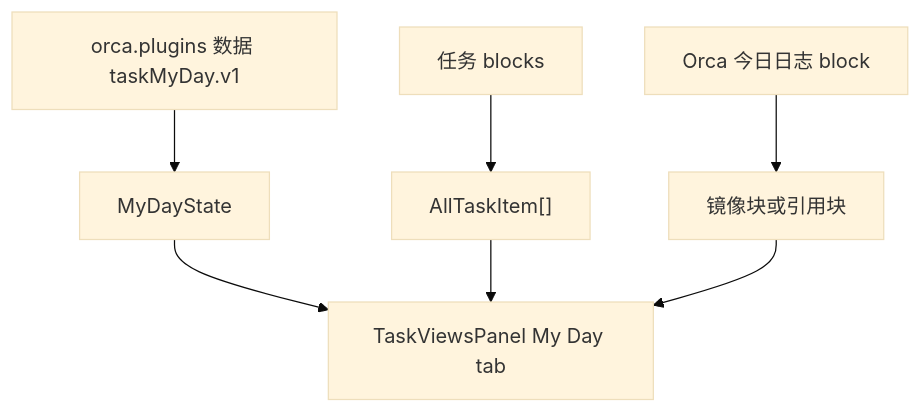
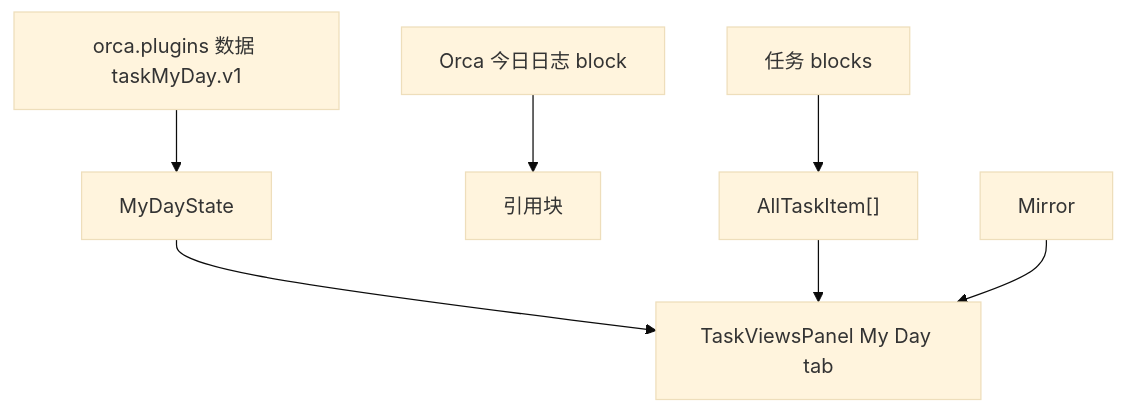
One commit to litcu/orca-plugin-task-planner changed the first of 7 diagrams in doc/数据流/06-我的一天数据流.md. Above: the diagram before and after it, drawn with Mermaid (base theme). The commit also changed other lines of this file and 4 other files, not shown here.

Commit message:
fix:修复仪表盘、我的一天视图深色模式适配问题 feat: 我的一天视图，添加任务后，会在当天日志中创建块引用，而不是镜像块

````diff
--- a/doc/数据流/06-我的一天数据流.md
+++ b/doc/数据流/06-我的一天数据流.md
@@ -12,9 +12,9 @@
 ```mermaid
 flowchart TD
   PluginData["orca.plugins 数据 taskMyDay.v1"] --> MyDayState["MyDayState"]
-  OrcaJournal["Orca 今日日志 block"] --> Mirror["镜像块或引用块"]
+  OrcaJournal["Orca 今日日志 block"] --> Reference["引用块"]
   OrcaTasks["任务 blocks"] --> AllTasks["AllTaskItem[]"]
   MyDayState --> Panel["TaskViewsPanel My Day tab"]
   AllTasks --> Panel
   Mirror --> Panel
 ```
````
